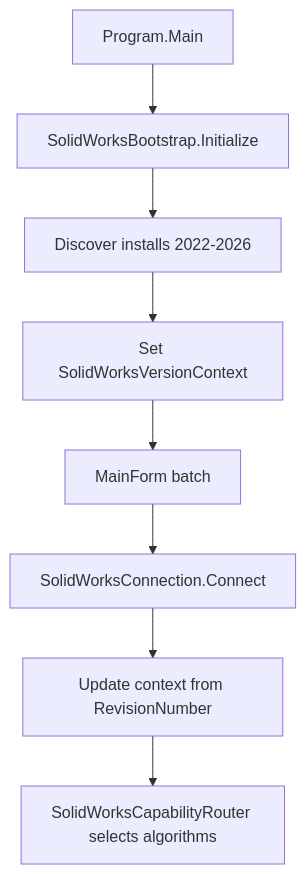
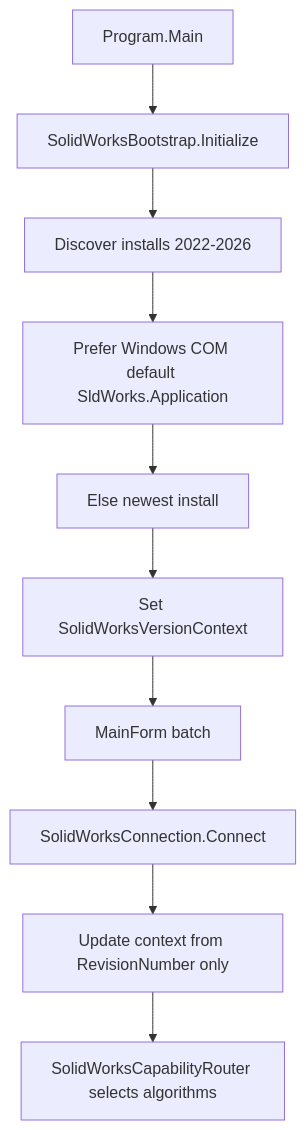
One commit to YurMil/SolidWorksTester changed the diagram in Docs/solidworks-api/version-router.md. Above: the diagram before and after it, drawn with Mermaid. The commit also changed other lines of this file and 49 other files, not shown here.

````diff
--- a/Docs/solidworks-api/version-router.md
+++ b/Docs/solidworks-api/version-router.md
@@ -18,10 +18,12 @@
 ```mermaid
 flowchart TD
     A[Program.Main] --> B[SolidWorksBootstrap.Initialize]
     B --> C[Discover installs 2022-2026]
-    C --> D[Set SolidWorksVersionContext]
-    D --> E[MainForm batch]
-    E --> F[SolidWorksConnection.Connect]
-    F --> G[Update context from RevisionNumber]
-    G --> H[SolidWorksCapabilityRouter selects algorithms]
+    C --> D[Prefer Windows COM default SldWorks.Application]
+    D --> E[Else newest install]
+    E --> F[Set SolidWorksVersionContext]
+    F --> G[MainForm batch]
+    G --> H[SolidWorksConnection.Connect]
+    H --> I[Update context from RevisionNumber only]
+    I --> J[SolidWorksCapabilityRouter selects algorithms]
 ```
````
